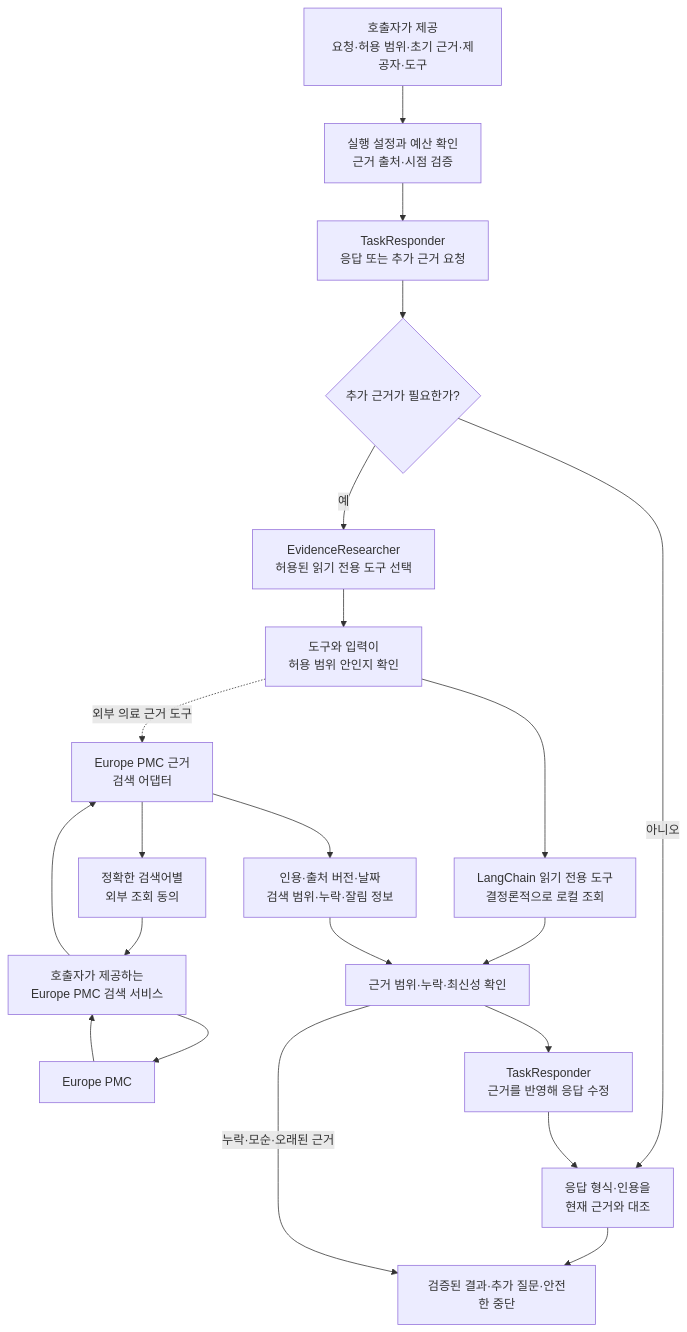
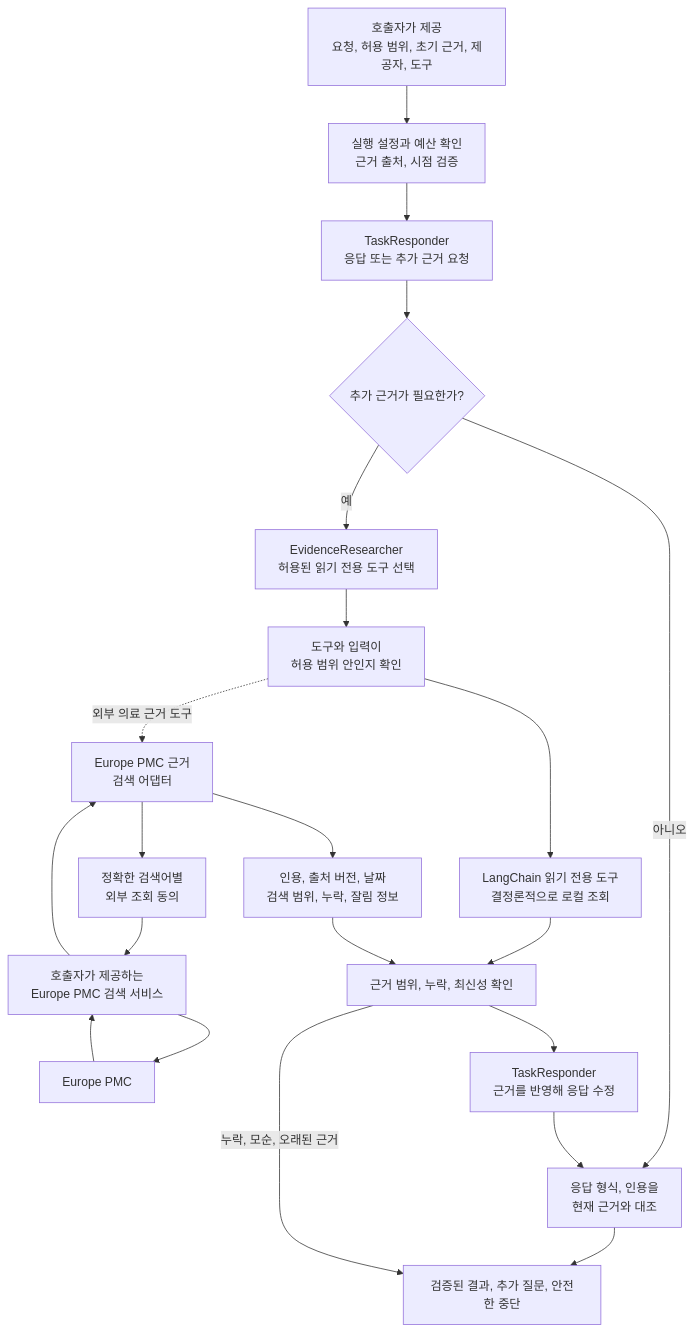
One commit to eunsoogi/orot changed the fifth of 6 diagrams in docs/architecture.md. Above: the diagram before and after it, drawn with Mermaid. The commit also changed other lines of this file and 3 other files, not shown here.

Commit message:
docs(readme): align features and architecture introduction

````diff
--- a/docs/architecture.md
+++ b/docs/architecture.md
@@ -180,27 +183,27 @@
 ```mermaid
 flowchart TB
-  input["호출자가 제공<br/>요청·허용 범위·초기 근거·제공자·도구"]
-  validate["실행 설정과 예산 확인<br/>근거 출처·시점 검증"]
+  input["호출자가 제공<br/>요청, 허용 범위, 초기 근거, 제공자, 도구"]
+  validate["실행 설정과 예산 확인<br/>근거 출처, 시점 검증"]
   responder["TaskResponder<br/>응답 또는 추가 근거 요청"]
   decision{"추가 근거가 필요한가?"}
-  validateResult["응답 형식·인용을<br/>현재 근거와 대조"]
+  validateResult["응답 형식, 인용을<br/>현재 근거와 대조"]
   researcher["EvidenceResearcher<br/>허용된 읽기 전용 도구 선택"]
   validateTool["도구와 입력이<br/>허용 범위 안인지 확인"]
   localTool["LangChain 읽기 전용 도구<br/>결정론적으로 로컬 조회"]
   queryConsent["정확한 검색어별<br/>외부 조회 동의"]
   europePmcTool["Europe PMC 근거<br/>검색 어댑터"]
   europePmcService["호출자가 제공하는<br/>Europe PMC 검색 서비스"]
   europePmc["Europe PMC"]
-  externalEvidence["인용·출처 버전·날짜<br/>검색 범위·누락·잘림 정보"]
-  evidenceCheck["근거 범위·누락·최신성 확인"]
+  externalEvidence["인용, 출처 버전, 날짜<br/>검색 범위, 누락, 잘림 정보"]
+  evidenceCheck["근거 범위, 누락, 최신성 확인"]
   revision["TaskResponder<br/>근거를 반영해 응답 수정"]
-  result["검증된 결과·추가 질문·안전한 중단"]
+  result["검증된 결과, 추가 질문, 안전한 중단"]
 
   input --> validate --> responder --> decision
   decision -->|"아니오"| validateResult --> result
   decision -->|"예"| researcher --> validateTool --> localTool
   localTool --> evidenceCheck --> revision --> validateResult
   validateTool -. "외부 의료 근거 도구" .-> europePmcTool --> queryConsent --> europePmcService --> europePmc
   europePmc --> europePmcService --> europePmcTool --> externalEvidence --> evidenceCheck
-  evidenceCheck -->|"누락·모순·오래된 근거"| result
+  evidenceCheck -->|"누락, 모순, 오래된 근거"| result
 ```
````
